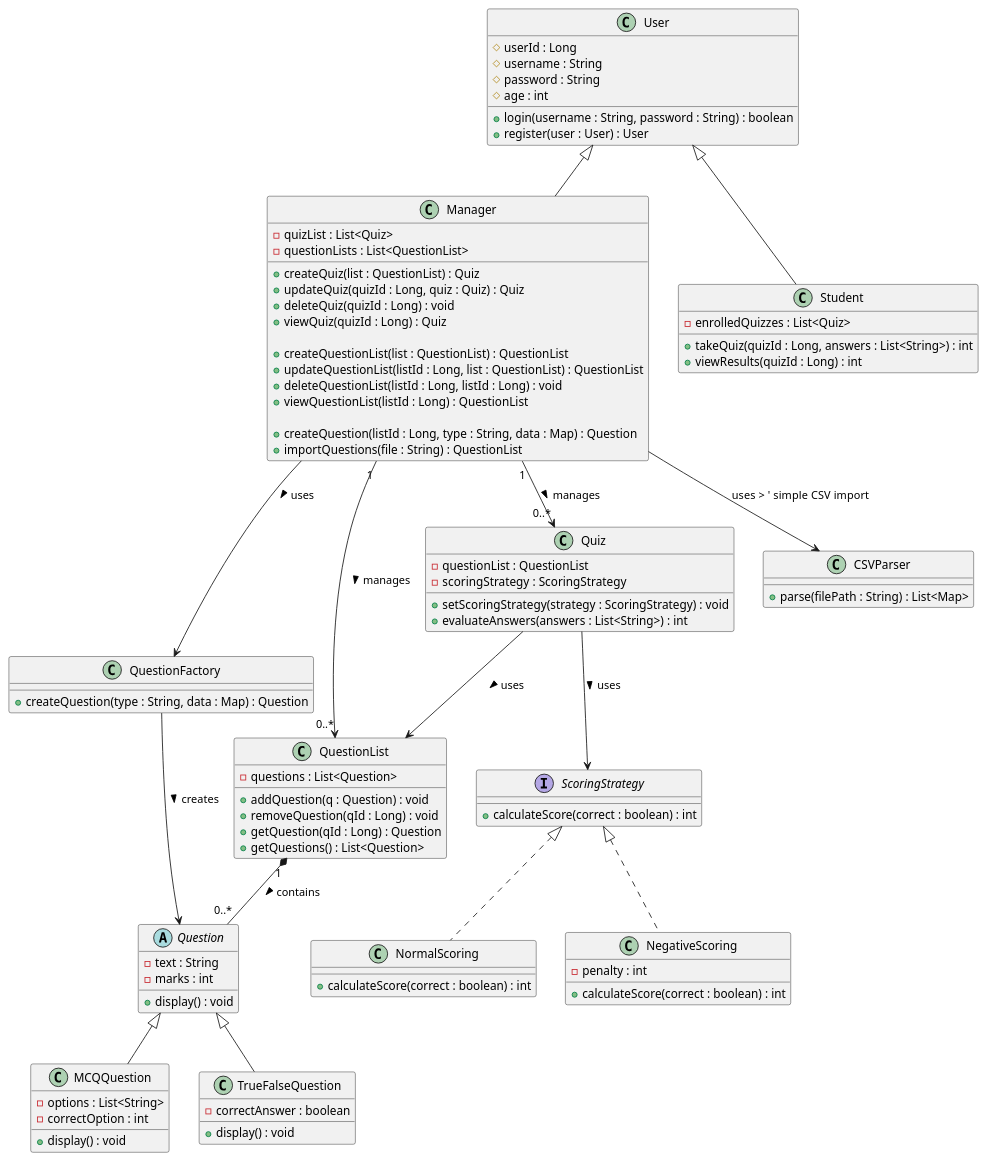
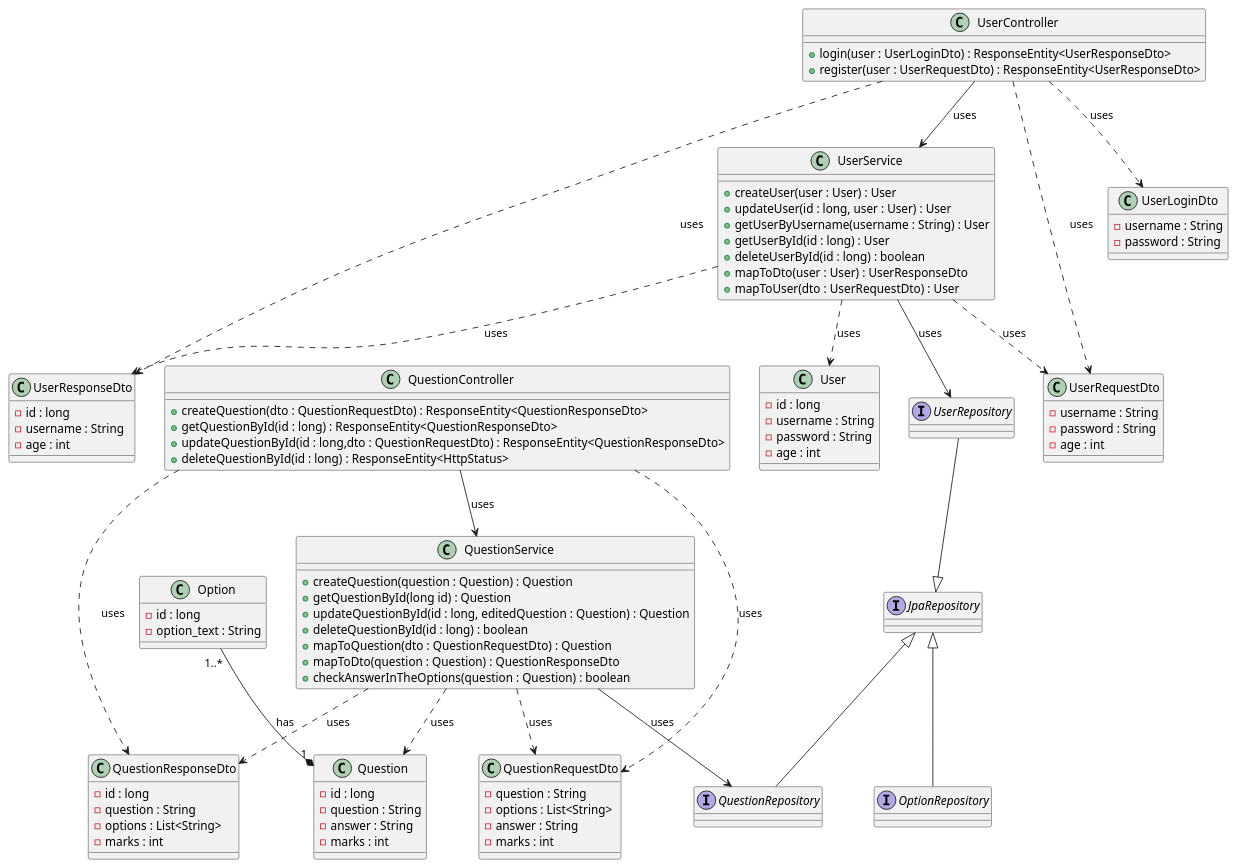
Before and after one commit to Poorna-Raj/quiz-manager: the diagram in docs/uml/class.puml, drawn with PlantUML.

Commit message:
update class diagram

```diff
--- a/docs/uml/class.puml
+++ b/docs/uml/class.puml
@@ -1,119 +1,122 @@
 @startuml
-'https://plantuml.com/class-diagram
 
-' ===== Actors =====
-class User {
-    # userId : Long
-    # username : String
-    # password : String
-    # age : int
-    + login(username : String, password : String) : boolean
-    + register(user : User) : User
+class Question{
+    - id : long
+    - question : String
+    - answer : String
+    - marks : int
 }
 
-class Manager {
-    - quizList : List<Quiz>
-    - questionLists : List<QuestionList>
-
-    + createQuiz(list : QuestionList) : Quiz
-    + updateQuiz(quizId : Long, quiz : Quiz) : Quiz
-    + deleteQuiz(quizId : Long) : void
-    + viewQuiz(quizId : Long) : Quiz
-
-    + createQuestionList(list : QuestionList) : QuestionList
-    + updateQuestionList(listId : Long, list : QuestionList) : QuestionList
-    + deleteQuestionList(listId : Long, listId : Long) : void
-    + viewQuestionList(listId : Long) : QuestionList
-
-    + createQuestion(listId : Long, type : String, data : Map) : Question
-    + importQuestions(file : String) : QuestionList
+class Option{
+    - id : long
+    - option_text : String
 }
 
-User <|-- Manager
+Option "1..*" --* "1" Question : has
 
-class Student {
-    - enrolledQuizzes : List<Quiz>
-    + takeQuiz(quizId : Long, answers : List<String>) : int
-    + viewResults(quizId : Long) : int
+interface JpaRepository{
 }
 
-User <|-- Student
-
-' ===== Question hierarchy =====
-abstract class Question {
-    - text : String
-    - marks : int
-    + display() : void
+interface QuestionRepository{
+}
+interface OptionRepository{
 }
 
-class MCQQuestion {
-    - options : List<String>
-    - correctOption : int
-    + display() : void
+JpaRepository <|-- QuestionRepository
+JpaRepository <|-- OptionRepository
+
+class QuestionService{
+    + createQuestion(question : Question) : Question
+    + getQuestionById(long id) : Question
+    + updateQuestionById(id : long, editedQuestion : Question) : Question
+    + deleteQuestionById(id : long) : boolean
+    + mapToQuestion(dto : QuestionRequestDto) : Question
+    + mapToDto(question : Question) : QuestionResponseDto
+    + checkAnswerInTheOptions(question : Question) : boolean
 }
 
-class TrueFalseQuestion {
-    - correctAnswer : boolean
-    + display() : void
+class QuestionResponseDto{
+    - id : long
+    - question : String
+    - options : List<String>
+    - marks : int
 }
 
-Question <|-- MCQQuestion
-Question <|-- TrueFalseQuestion
-
-' ===== Question Factory =====
-class QuestionFactory {
-    + createQuestion(type : String, data : Map) : Question
+class QuestionRequestDto{
+    - question : String
+    - options : List<String>
+    - answer : String
+    - marks : int
 }
 
-Manager --> QuestionFactory : uses >
-QuestionFactory --> Question : creates >
+QuestionService --> QuestionRepository : uses
+QuestionService ..> Question : uses
+QuestionService ..> QuestionRequestDto : uses
+QuestionService ..> QuestionResponseDto : uses
 
-' ===== QuestionList =====
-class QuestionList {
-    - questions : List<Question>
-    + addQuestion(q : Question) : void
-    + removeQuestion(qId : Long) : void
-    + getQuestion(qId : Long) : Question
-    + getQuestions() : List<Question>
+class QuestionController{
+    + createQuestion(dto : QuestionRequestDto) : ResponseEntity<QuestionResponseDto>
+    + getQuestionById(id : long) : ResponseEntity<QuestionResponseDto>
+    + updateQuestionById(id : long,dto : QuestionRequestDto) : ResponseEntity<QuestionResponseDto>
+    + deleteQuestionById(id : long) : ResponseEntity<HttpStatus>
 }
 
-QuestionList "1" *-- "0..*" Question : contains >
-Manager "1" --> "0..*" QuestionList : manages >
-Manager "1" --> "0..*" Quiz : manages >
+QuestionController --> QuestionService : uses
+QuestionController ..> QuestionResponseDto : uses
+QuestionController ..> QuestionRequestDto : uses
 
-' ===== CSV Parser =====
-class CSVParser {
-    + parse(filePath : String) : List<Map>
+class User{
+    - id : long
+    - username : String
+    - password : String
+    - age : int
 }
 
-Manager --> CSVParser : uses >  ' simple CSV import
-
-' ===== Strategy Pattern (Scoring) =====
-interface ScoringStrategy {
-    + calculateScore(correct : boolean) : int
+interface UserRepository{
 }
 
-class NormalScoring {
-    + calculateScore(correct : boolean) : int
+UserRepository --|> JpaRepository
+
+class UserService{
+    + createUser(user : User) : User
+    + updateUser(id : long, user : User) : User
+    + getUserByUsername(username : String) : User
+    + getUserById(id : long) : User
+    + deleteUserById(id : long) : boolean
+    + mapToDto(user : User) : UserResponseDto
+    + mapToUser(dto : UserRequestDto) : User
 }
 
-class NegativeScoring {
-    - penalty : int
-    + calculateScore(correct : boolean) : int
+UserService ..> User : uses
+
+class UserResponseDto{
+    - id : long
+    - username : String
+    - age : int
 }
 
-ScoringStrategy <|.. NormalScoring
-ScoringStrategy <|.. NegativeScoring
-
-' ===== Quiz =====
-class Quiz {
-    - questionList : QuestionList
-    - scoringStrategy : ScoringStrategy
-    + setScoringStrategy(strategy : ScoringStrategy) : void
-    + evaluateAnswers(answers : List<String>) : int
+class UserRequestDto{
+    - username : String
+    - password : String
+    - age : int
 }
 
-Quiz --> ScoringStrategy : uses >
-Quiz --> QuestionList : uses >
+class UserLoginDto{
+    - username : String
+    - password : String
+}
 
+UserService --> UserRepository : uses
+UserService ..> UserResponseDto : uses
+UserService ..> UserRequestDto : uses
+
+class UserController{
+    + login(user : UserLoginDto) : ResponseEntity<UserResponseDto>
+    + register(user : UserRequestDto) : ResponseEntity<UserResponseDto>
+}
+
+UserController --> UserService : uses
+UserController ..> UserResponseDto : uses
+UserController ..> UserRequestDto : uses
+UserController ..> UserLoginDto : uses
 @enduml
```
